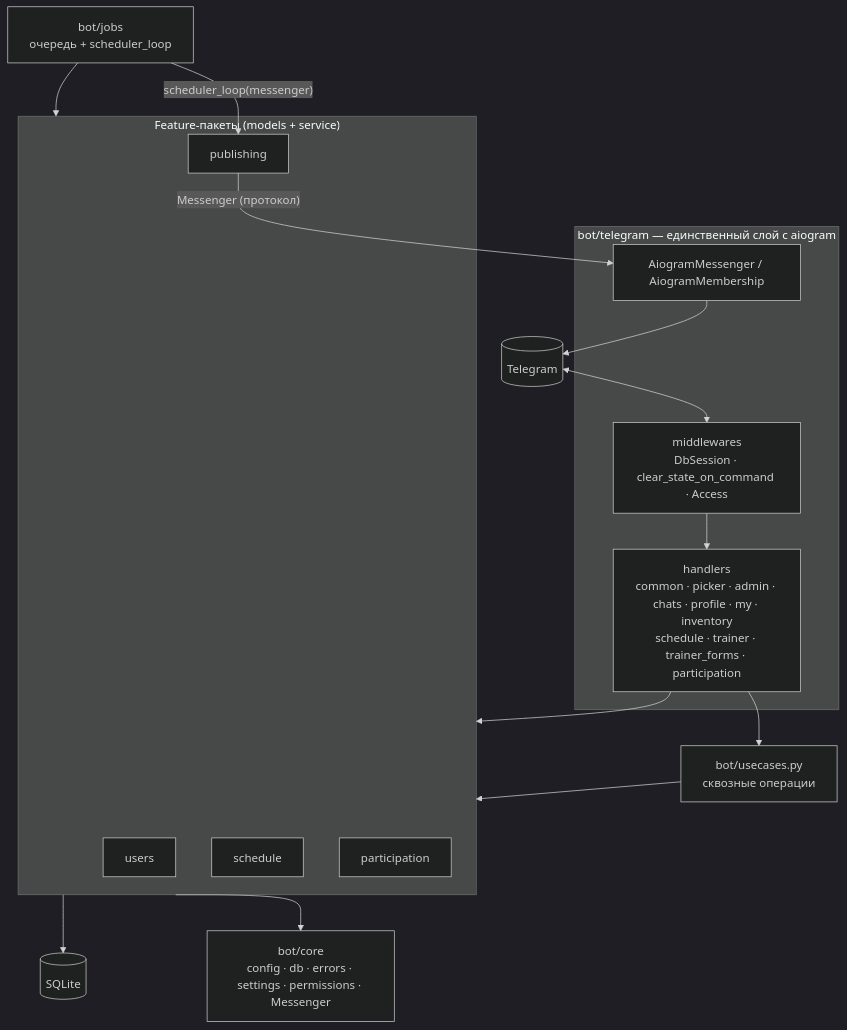
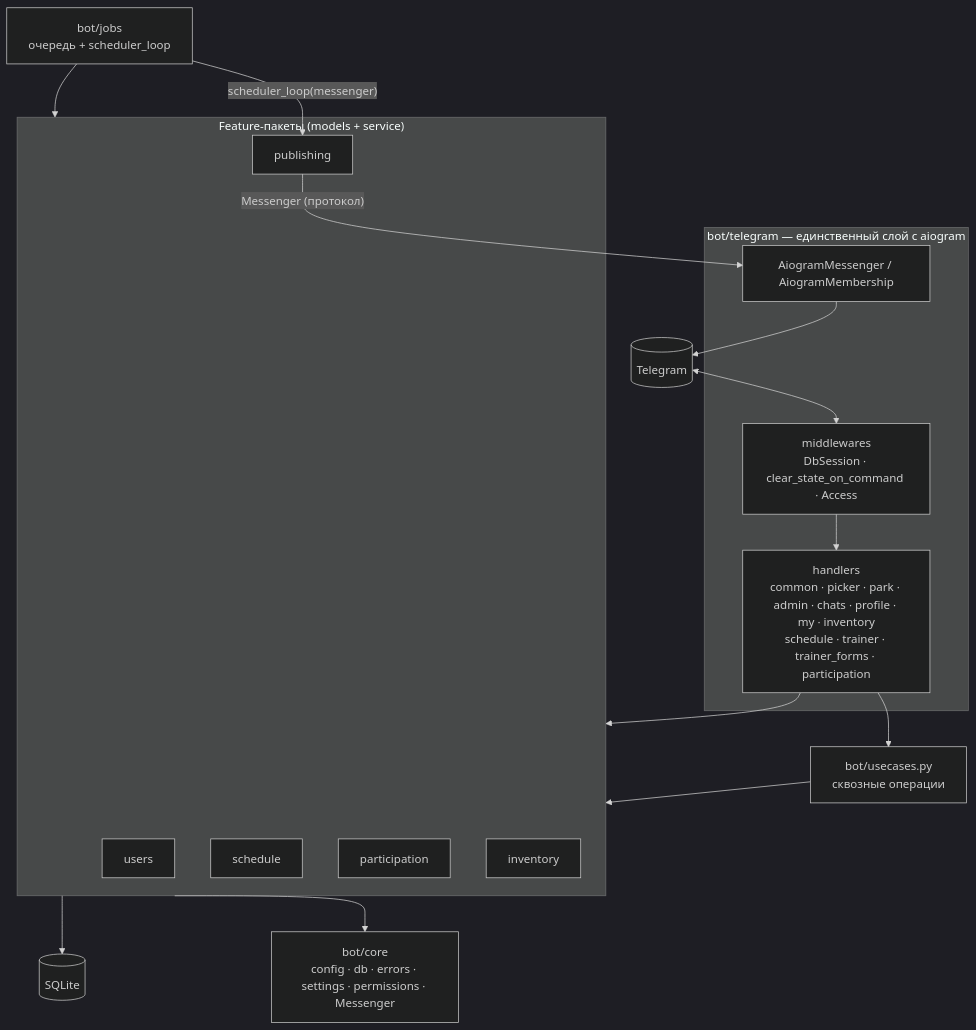
One commit to ikonovalov/coachs-shadow changed the first of 3 diagrams in ARCHITECTURE.md. Above: the diagram before and after it, drawn with Mermaid (dark theme). The commit also changed other lines of this file and 1 other file, not shown here.

Commit message:
docs: inventory tables, concurrency pattern, /profile, /my, deep link, deadline range

````diff
--- a/ARCHITECTURE.md
+++ b/ARCHITECTURE.md
@@ -27,28 +27,29 @@
 ```mermaid
 flowchart TB
     TG[(Telegram)]
     subgraph TL["bot/telegram — единственный слой с aiogram"]
         MW["middlewares<br/>DbSession · clear_state_on_command · Access"]
-        H["handlers<br/>common · picker · admin · chats · profile · my · inventory<br/>schedule · trainer · trainer_forms · participation"]
+        H["handlers<br/>common · picker · park · admin · chats · profile · my · inventory<br/>schedule · trainer · trainer_forms · participation"]
         AM["AiogramMessenger / AiogramMembership"]
     end
     UC["bot/usecases.py<br/>сквозные операции"]
     subgraph FEAT["Feature-пакеты (models + service)"]
         U[users]
         S[schedule]
         P[participation]
         PB[publishing]
+        INV[inventory]
     end
     J["bot/jobs<br/>очередь + scheduler_loop"]
     CORE["bot/core<br/>config · db · errors · settings · permissions · Messenger"]
     DB[(SQLite)]
 
     TG <--> MW --> H --> UC
     H --> FEAT
     UC --> FEAT
     J --> FEAT
     FEAT --> CORE
     FEAT --> DB
     PB -- "Messenger (протокол)" --> AM --> TG
     J -- "scheduler_loop(messenger)" --> PB
 ```
````
